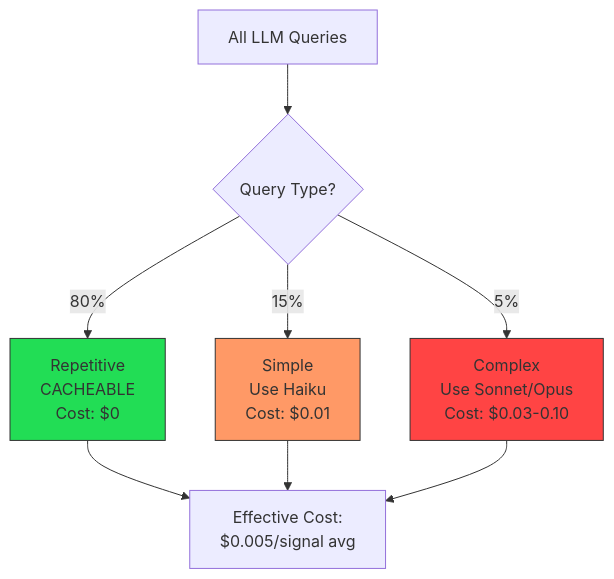
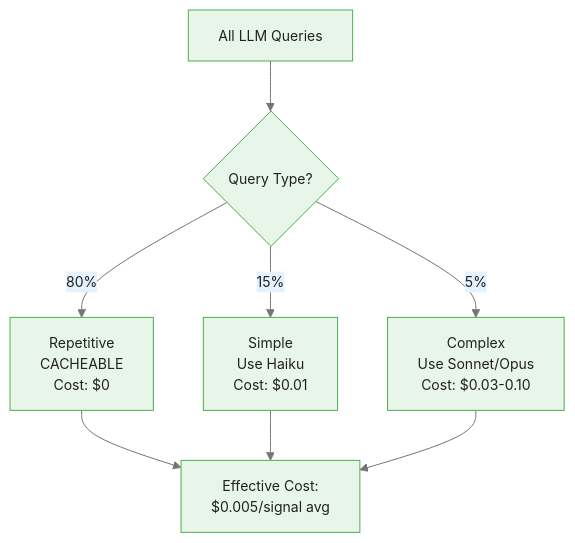
The first of 6 diagrams in courses/genai-commodities/modules/module_06_production/guides/03_optimization_slides.md (m-deane/course-creator), drawn with Mermaid before and after one commit. The commit also changed other lines of this file and 84 other files, not shown here.

````diff
--- a/courses/genai-commodities/modules/module_06_production/guides/03_optimization_slides.md
+++ b/courses/genai-commodities/modules/module_06_production/guides/03_optimization_slides.md
@@ -22,16 +22,13 @@
 ```mermaid
+%%{init: {"theme": "base", "themeVariables": {"primaryColor": "#e8f5e9", "primaryBorderColor": "#4caf50", "primaryTextColor": "#212121", "secondaryColor": "#e3f2fd", "tertiaryColor": "#fff8e1", "lineColor": "#757575", "fontFamily": "Inter, sans-serif", "fontSize": "14px"}}}%%
 flowchart TD
     A[All LLM Queries] --> B{Query Type?}
 
     B -->|80%| C[Repetitive<br/>CACHEABLE<br/>Cost: $0]
     B -->|15%| D[Simple<br/>Use Haiku<br/>Cost: $0.01]
     B -->|5%| E[Complex<br/>Use Sonnet/Opus<br/>Cost: $0.03-0.10]
 
     C --> F[Effective Cost:<br/>$0.005/signal avg]
     D --> F
     E --> F
-
-    style C fill:#2d5,stroke:#333
-    style D fill:#f96,stroke:#333
-    style E fill:#f44,stroke:#333
 ```
````
